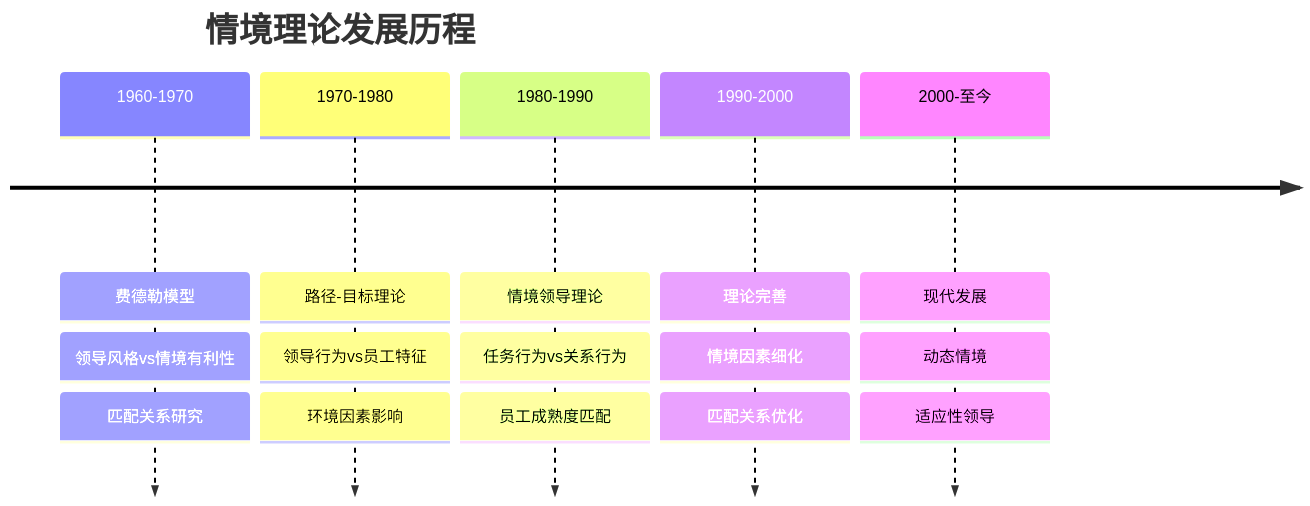
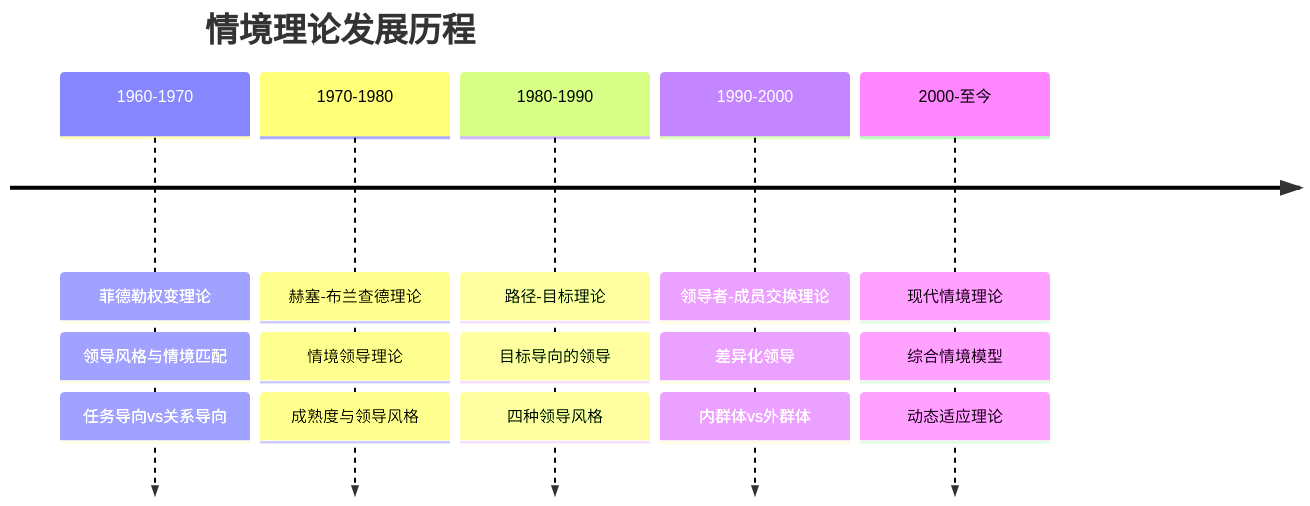
One commit to Anping2017/obsidian changed the first of 7 diagrams in 企业领导力/02-理论理解层/经典领导理论/03-情境理论.md. Above: the diagram before and after it, drawn with Mermaid. The commit also changed other lines of this file and 8 other files, not shown here.

````diff
--- a/企业领导力/02-理论理解层/经典领导理论/03-情境理论.md
+++ b/企业领导力/02-理论理解层/经典领导理论/03-情境理论.md
@@ -17,24 +17,24 @@
 ```mermaid
 timeline
     title 情境理论发展历程
     
-    1960-1970 : 费德勒模型
-                : 领导风格vs情境有利性
-                : 匹配关系研究
+    1960-1970 : 菲德勒权变理论
+                : 领导风格与情境匹配
+                : 任务导向vs关系导向
     
-    1970-1980 : 路径-目标理论
-                : 领导行为vs员工特征
-                : 环境因素影响
+    1970-1980 : 赫塞-布兰查德理论
+                : 情境领导理论
+                : 成熟度与领导风格
     
-    1980-1990 : 情境领导理论
-                : 任务行为vs关系行为
-                : 员工成熟度匹配
+    1980-1990 : 路径-目标理论
+                : 目标导向的领导
+                : 四种领导风格
     
-    1990-2000 : 理论完善
-                : 情境因素细化
-                : 匹配关系优化
+    1990-2000 : 领导者-成员交换理论
+                : 差异化领导
+                : 内群体vs外群体
     
-    2000-至今 : 现代发展
-                : 动态情境
-                : 适应性领导
+    2000-至今 : 现代情境理论
+                : 综合情境模型
+                : 动态适应理论
 ```
````
